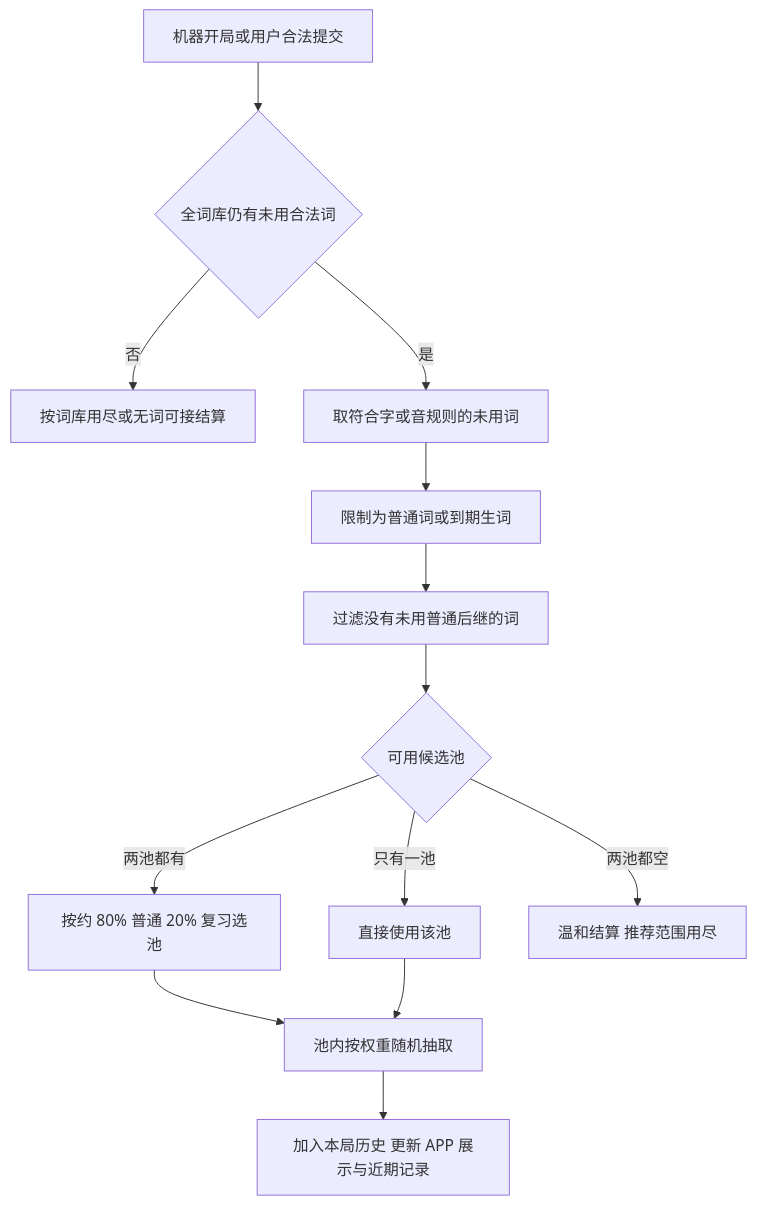
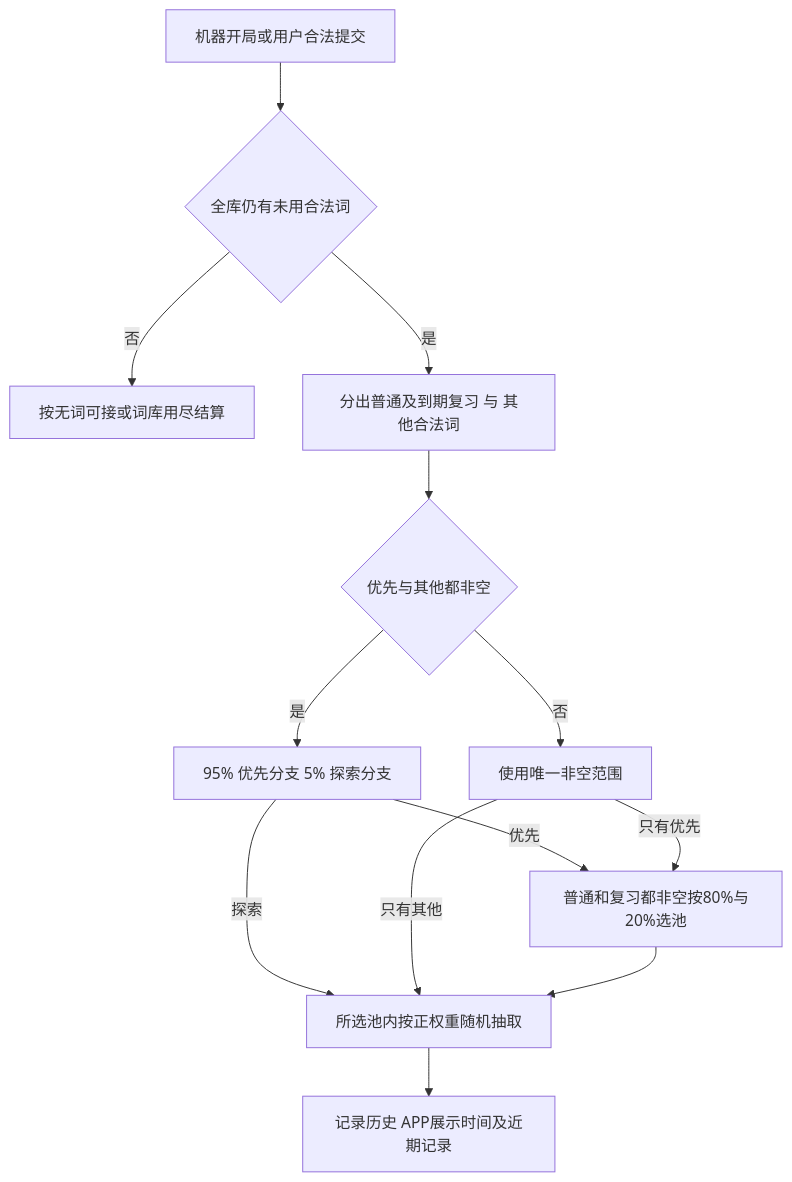
Before and after one commit to duanyao-0516/XanaduYonder: the diagram in docs/idiom-selection.md, drawn with Mermaid. The commit also changed other lines of this file and 254 other files, not shown here.

````diff
--- a/docs/idiom-selection.md
+++ b/docs/idiom-selection.md
@@ -47,15 +47,15 @@
 ```mermaid
 flowchart TD
-    A[机器开局或用户合法提交] --> K{全词库仍有未用合法词}
-    K -->|否| L[按词库用尽或无词可接结算]
-    K -->|是| B[取符合字或音规则的未用词]
-    B --> C[限制为普通词或到期生词]
-    C --> D[过滤没有未用普通后继的词]
-    D --> E{可用候选池}
-    E -->|两池都有| F[按约 80% 普通 20% 复习选池]
-    E -->|只有一池| G[直接使用该池]
-    E -->|两池都空| H[温和结算 推荐范围用尽]
-    F --> I[池内按权重随机抽取]
-    G --> I
-    I --> J[加入本局历史 更新 APP 展示与近期记录]
+    A[机器开局或用户合法提交] --> K{全库仍有未用合法词}
+    K -->|否| L[按无词可接或词库用尽结算]
+    K -->|是| B[分出普通及到期复习 与 其他合法词]
+    B --> C{优先与其他都非空}
+    C -->|是| D[95% 优先分支 5% 探索分支]
+    C -->|否| E[使用唯一非空范围]
+    D -->|优先| F[普通和复习都非空按80%与20%选池]
+    D -->|探索| I[所选池内按正权重随机抽取]
+    E -->|只有优先| F
+    E -->|只有其他| I
+    F --> I
+    I --> J[记录历史 APP展示时间及近期记录]
 ```
````
